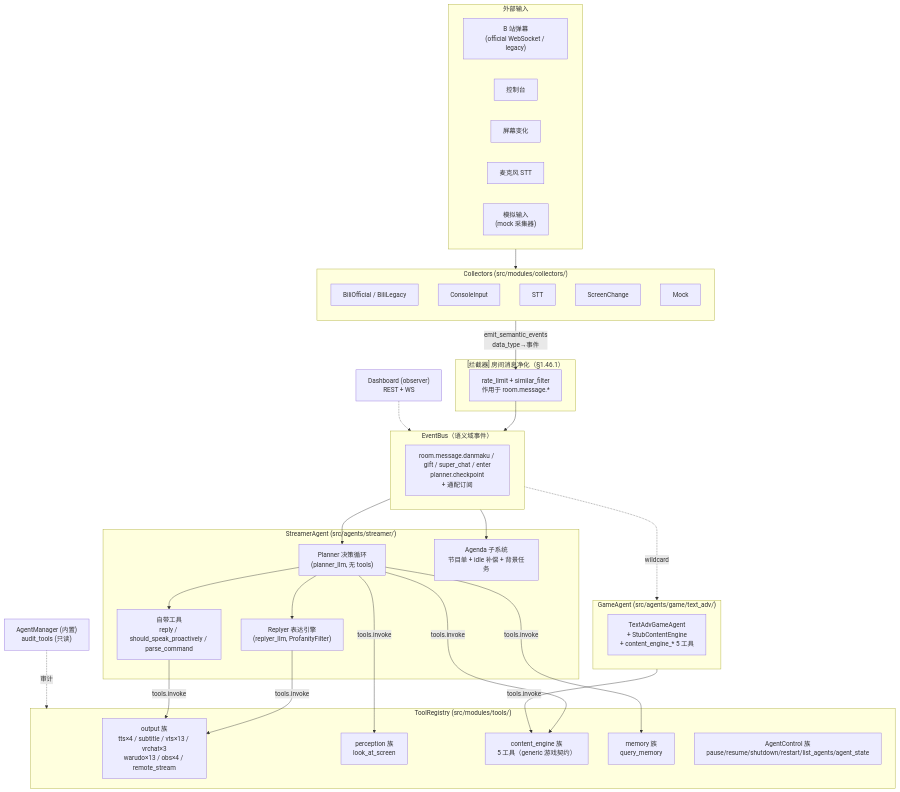
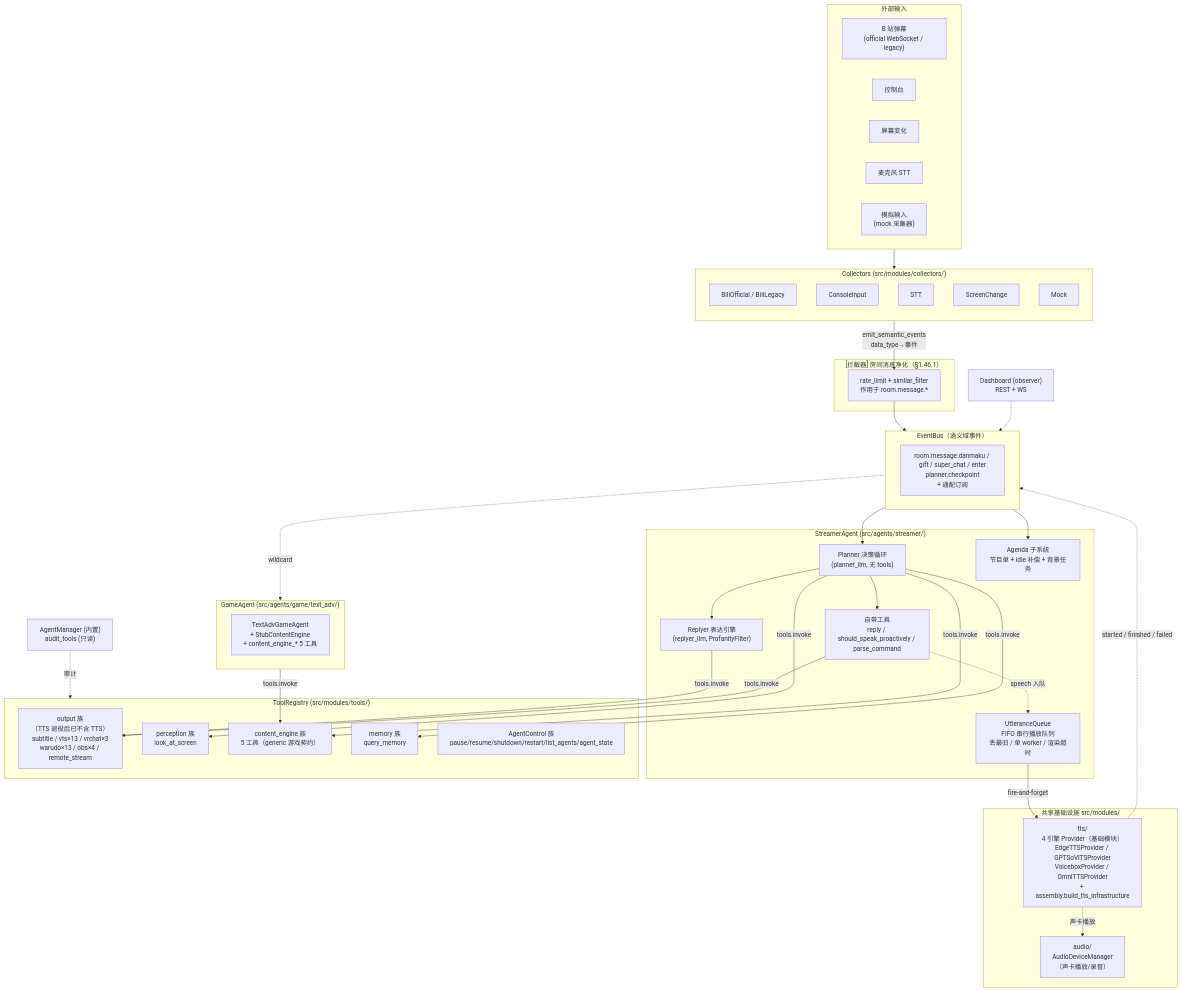
One commit to Mai-with-u/Amaidesu changed the first of 3 diagrams in docs/architecture/overview.md. Above: the diagram before and after it, drawn with Mermaid. The commit also changed other lines of this file and 60 other files, not shown here.

````diff
--- a/docs/architecture/overview.md
+++ b/docs/architecture/overview.md
@@ -9,63 +9,73 @@
 ```mermaid
 flowchart TB
     subgraph Ext["外部输入"]
         Bili["B 站弹幕<br/>(official WebSocket / legacy)"]
         Cons["控制台"]
         Screen["屏幕变化"]
         Mic["麦克风 STT"]
         Mock["模拟输入<br/>(mock 采集器)"]
     end
 
     subgraph Collectors["Collectors (src/modules/collectors/)"]
         direction TB
         CBili["BiliOfficial / BiliLegacy"]
         CCons["ConsoleInput"]
         CMic["STT"]
         CScreen["ScreenChange"]
         CMock["Mock"]
     end
 
     subgraph Interceptors["[拦截器] 房间消息净化（§1.46.1）"]
         INT["rate_limit + similar_filter<br/>作用于 room.message.*"]
     end
 
     subgraph Bus["EventBus（语义域事件）"]
         EB["room.message.danmaku / gift / super_chat / enter<br/>planner.checkpoint<br/>+ 通配订阅"]
     end
 
     subgraph Streamer["StreamerAgent (src/agents/streamer/)"]
         Planner["Planner 决策循环<br/>(planner_llm, 无 tools)"]
         Reply["Replyer 表达引擎<br/>(replyer_llm, ProfanityFilter)"]
         Agenda["Agenda 子系统<br/>节目单 + idle 补偿 + 背景任务"]
         Tools["自带工具<br/>reply / should_speak_proactively / parse_command"]
+        UQ["UtteranceQueue<br/>FIFO 串行播放队列<br/>丢最旧 / 单 worker / 渲染超时"]
     end
 
     subgraph Game["GameAgent (src/agents/game/text_adv/)"]
         TextAdv["TextAdvGameAgent<br/>+ StubContentEngine<br/>+ content_engine_* 5 工具"]
     end
 
     subgraph Registry["ToolRegistry (src/modules/tools/)"]
-        Out["output 族<br/>tts×4 / subtitle / vts×13 / vrchat×3<br/>warudo×13 / obs×4 / remote_stream"]
+        Out["output 族<br/>（TTS 退役后已不含 TTS）<br/>subtitle / vts×13 / vrchat×3<br/>warudo×13 / obs×4 / remote_stream"]
         Per["perception 族<br/>look_at_screen"]
         CE["content_engine 族<br/>5 工具（generic 游戏契约）"]
         Mem["memory 族<br/>query_memory"]
         Ctrl["AgentControl 族<br/>pause/resume/shutdown/restart/list_agents/agent_state"]
+    end
+
+    subgraph InFra["共享基础设施 src/modules/"]
+        TTS["tts/<br/>4 引擎 Provider（基础模块）<br/>EdgeTTSProvider / GPTSoVITSProvider<br/>VoiceboxProvider / OmniTTSProvider<br/>+ assembly.build_tts_infrastructure"]
+        Audio["audio/<br/>AudioDeviceManager<br/>（声卡播放/录音）"]
     end
 
     Ext --> Collectors
     Collectors -->|"emit_semantic_events<br/>data_type→事件"| INT
     INT --> Bus
     Bus --> Planner
     Bus --> Agenda
     Planner --> Reply
     Planner --> Tools
     Reply -->|tools.invoke| Out
     Tools -->|tools.invoke| Out
     Planner -->|tools.invoke| CE
     Planner -->|tools.invoke| Per
     Planner -->|tools.invoke| Mem
     Bus -.->|wildcard| Game
     Game -->|tools.invoke| CE
+    Tools -.->|speech 入队| UQ
+    UQ -->|fire-and-forget| TTS
+    TTS -.->|started / finished / failed| Bus
+    TTS -.->|声卡播放| Audio
     Manager["AgentManager (内置)<br/>audit_tools (只读)"] -.->|审计| Registry
     Dashboard["Dashboard (observer)<br/>REST + WS"] -.-> Bus
 ```
````
